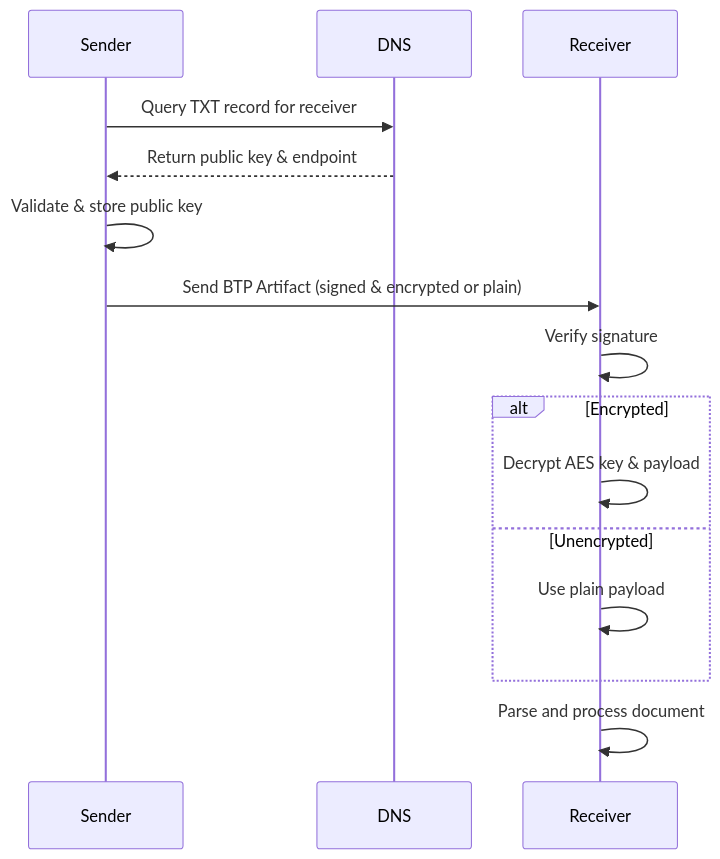
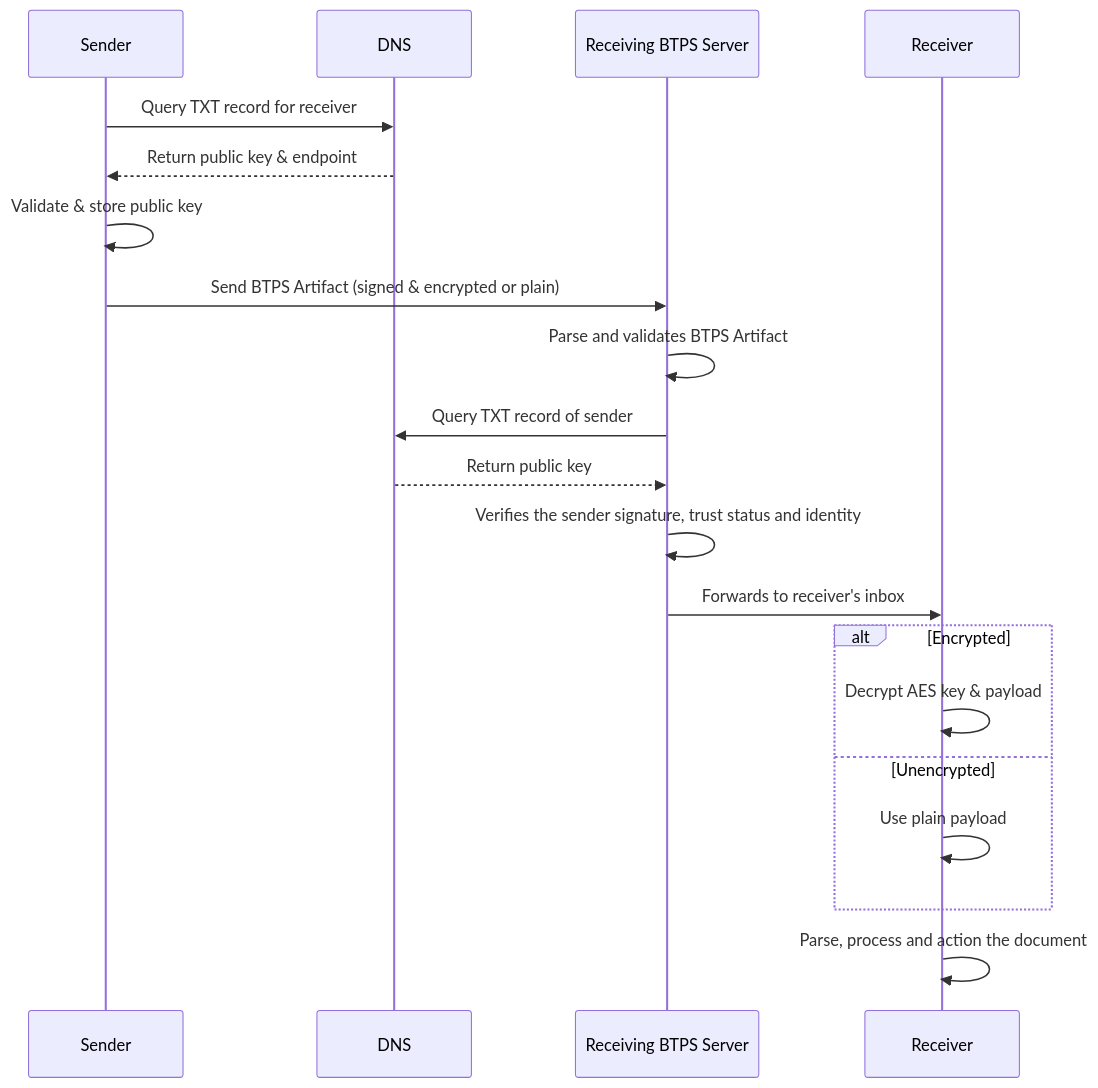
Before and after one commit to openbtps/btps-node: the diagram in docs/docusaurus/docs/protocol/security/overview.md, drawn with Mermaid. The commit also changed 28 other files, not shown here.

Commit message:
- updated docs and added delegation flows and docs

````diff
--- a/docs/docusaurus/docs/protocol/security/overview.md
+++ b/docs/docusaurus/docs/protocol/security/overview.md
@@ -12,17 +12,22 @@
 ```mermaid
 sequenceDiagram
     participant Sender
     participant DNS
+    participant Receiving BTPS Server
     participant Receiver
     Sender->>DNS: Query TXT record for receiver
     DNS-->>Sender: Return public key & endpoint
     Sender->>Sender: Validate & store public key
-    Sender->>Receiver: Send BTP Artifact (signed & encrypted or plain)
-    Receiver->>Receiver: Verify signature
+    Sender->>Receiving BTPS Server: Send BTPS Artifact (signed & encrypted or plain)
+    Receiving BTPS Server->>Receiving BTPS Server: Parse and validates BTPS Artifact
+    Receiving BTPS Server->>DNS: Query TXT record of sender
+    DNS-->>Receiving BTPS Server: Return public key
+    Receiving BTPS Server->>Receiving BTPS Server: Verifies the sender signature, trust status and identity
+    Receiving BTPS Server->>Receiver: Forwards to receiver's inbox
     alt Encrypted
         Receiver->>Receiver: Decrypt AES key & payload
     else Unencrypted
         Receiver->>Receiver: Use plain payload
     end
-    Receiver->>Receiver: Parse and process document
+    Receiver->>Receiver: Parse, process and action the document
 ```
````
